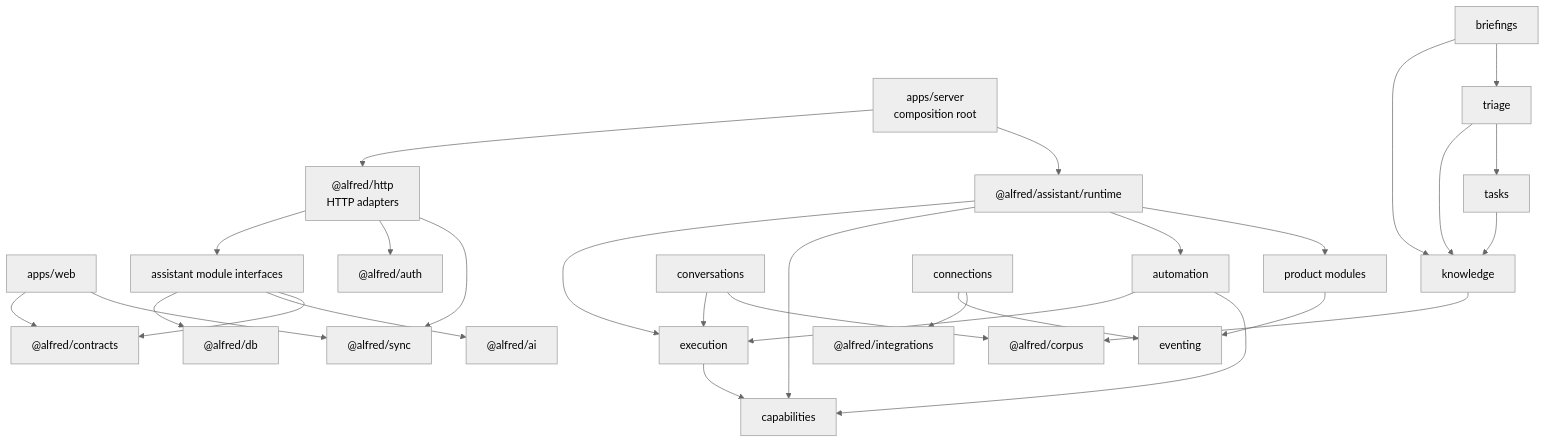
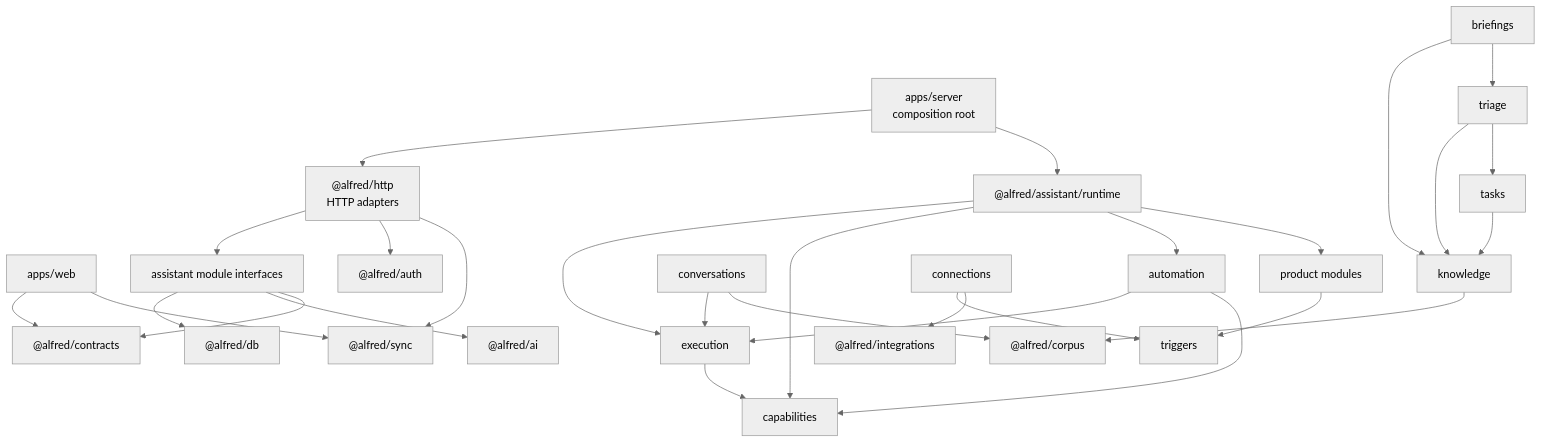
The diagram in docs/plans/agent-friendly-module-structure.md (99Yash/alfred), drawn with Mermaid (neutral theme) before and after one commit. The commit also changed other lines of this file and 11 other files, not shown here.

First line of the commit message:
refactor(api): rename eventing module to triggers

````diff
--- a/docs/plans/agent-friendly-module-structure.md
+++ b/docs/plans/agent-friendly-module-structure.md
@@ -187,37 +187,37 @@
 ```mermaid
 flowchart TD
   server["apps/server<br/>composition root"] --> http["@alfred/http<br/>HTTP adapters"]
   server --> runtime["@alfred/assistant/runtime"]
   web["apps/web"] --> contracts["@alfred/contracts"]
   web --> sync["@alfred/sync"]
 
   http --> assistant["assistant module interfaces"]
   http --> auth["@alfred/auth"]
   http --> sync
 
   runtime --> execution
   runtime --> capabilities
   runtime --> automation
   runtime --> product["product modules"]
 
   automation --> execution
   automation --> capabilities
   conversations --> execution
   execution --> capabilities
 
   briefings --> knowledge
   briefings --> triage
   triage --> knowledge
   triage --> tasks
   tasks --> knowledge
 
-  product --> eventing
-  connections --> eventing
+  product --> triggers
+  connections --> triggers
   connections --> integrations["@alfred/integrations"]
   conversations --> corpus["@alfred/corpus"]
   knowledge --> corpus
 
   assistant --> db["@alfred/db"]
   assistant --> ai["@alfred/ai"]
   assistant --> contracts
 ```
````
